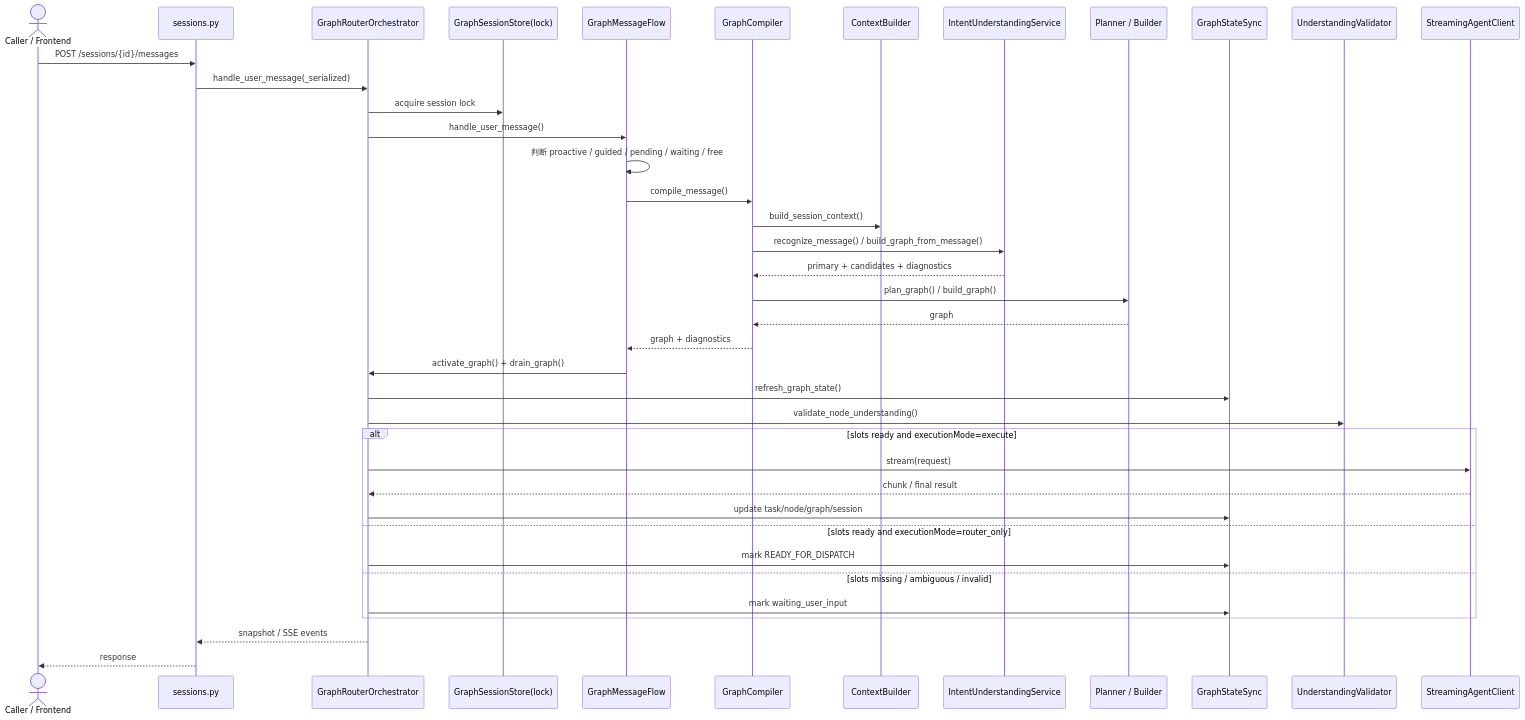
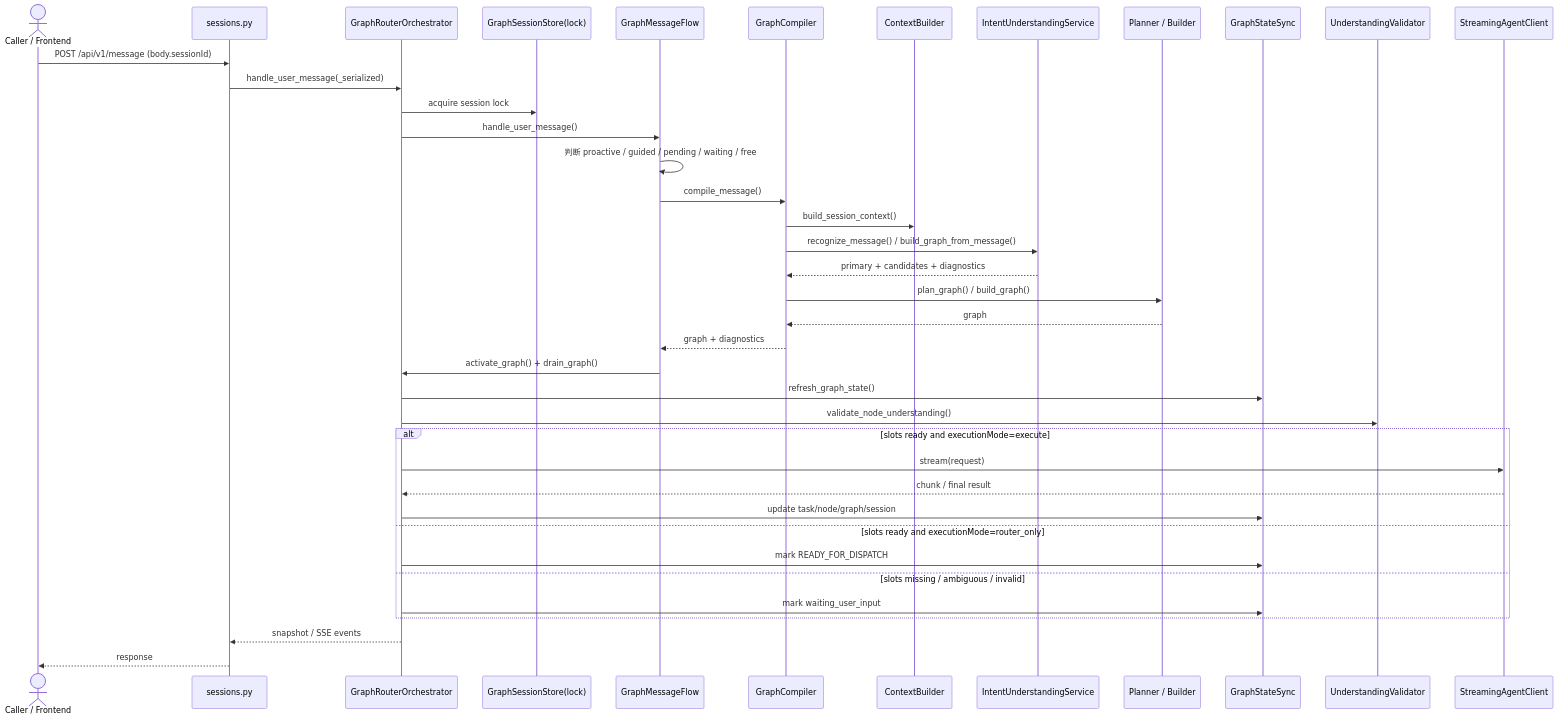
Before and after one commit to corelli359/intent-router: the fourth of 6 diagrams in docs/v3/router-service-架构设计文档.md, drawn with Mermaid. The commit also changed other lines of this file and 121 other files, not shown here.

Commit message:
fix: align router assistant protocol flow

````diff
--- a/docs/v3/router-service-架构设计文档.md
+++ b/docs/v3/router-service-架构设计文档.md
@@ -380,44 +373,44 @@
 ```mermaid
 sequenceDiagram
     actor User as Caller / Frontend
     participant API as sessions.py
     participant Orch as GraphRouterOrchestrator
     participant Store as GraphSessionStore(lock)
     participant Flow as GraphMessageFlow
     participant Comp as GraphCompiler
     participant Ctx as ContextBuilder
     participant U as IntentUnderstandingService
     participant Plan as Planner / Builder
     participant Sync as GraphStateSync
     participant Valid as UnderstandingValidator
     participant Agent as StreamingAgentClient
 
-    User->>API: POST /sessions/{id}/messages
+    User->>API: POST /api/v1/message (body.sessionId)
     API->>Orch: handle_user_message(_serialized)
     Orch->>Store: acquire session lock
     Orch->>Flow: handle_user_message()
     Flow->>Flow: 判断 proactive / guided / pending / waiting / free
     Flow->>Comp: compile_message()
     Comp->>Ctx: build_session_context()
     Comp->>U: recognize_message() / build_graph_from_message()
     U-->>Comp: primary + candidates + diagnostics
     Comp->>Plan: plan_graph() / build_graph()
     Plan-->>Comp: graph
     Comp-->>Flow: graph + diagnostics
     Flow->>Orch: activate_graph() + drain_graph()
     Orch->>Sync: refresh_graph_state()
     Orch->>Valid: validate_node_understanding()
 
     alt slots ready and executionMode=execute
         Orch->>Agent: stream(request)
         Agent-->>Orch: chunk / final result
         Orch->>Sync: update task/node/graph/session
     else slots ready and executionMode=router_only
         Orch->>Sync: mark READY_FOR_DISPATCH
     else slots missing / ambiguous / invalid
         Orch->>Sync: mark waiting_user_input
     end
 
     Orch-->>API: snapshot / SSE events
     API-->>User: response
 ```
````
